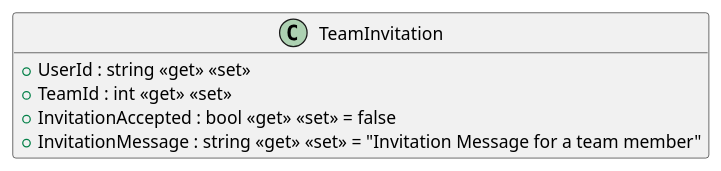
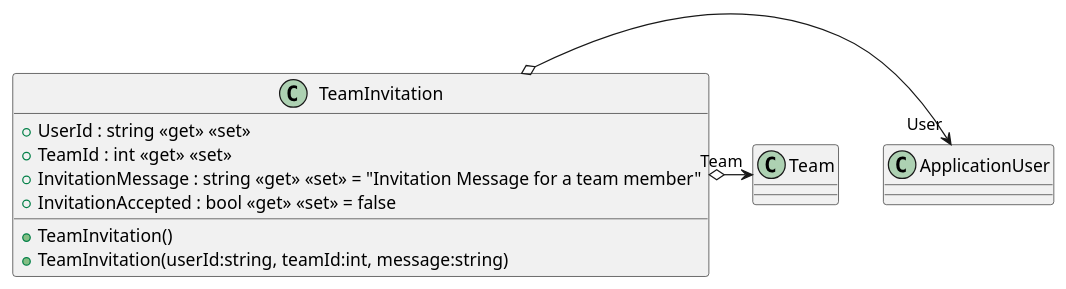
One commit to ISII2627Erasmus/Barca changed the diagram in src/AppForSEII.API/ClassDiagram/TeamInvitation.puml. Above: the diagram before and after it, drawn with PlantUML. The commit also changed 14 other files, not shown here.

Commit message:
Modify PurchaseStatus class and add class diagram files

```diff
--- a/src/AppForSEII.API/ClassDiagram/TeamInvitation.puml
+++ b/src/AppForSEII.API/ClassDiagram/TeamInvitation.puml
@@ -1,12 +1,12 @@
 @startuml
-hide methods
 class TeamInvitation {
     + TeamInvitation()
     + TeamInvitation(userId:string, teamId:int, message:string)
     + UserId : string <<get>> <<set>>
     + TeamId : int <<get>> <<set>>
+    + InvitationMessage : string <<get>> <<set>> = "Invitation Message for a team member"
     + InvitationAccepted : bool <<get>> <<set>> = false
-    + InvitationMessage : string <<get>> <<set>> = "Invitation Message for a team member"
-
 }
+TeamInvitation o-> "User" ApplicationUser
+TeamInvitation o-> "Team" Team
 @enduml
```
